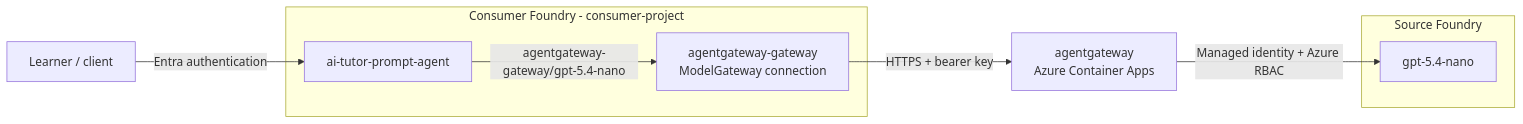
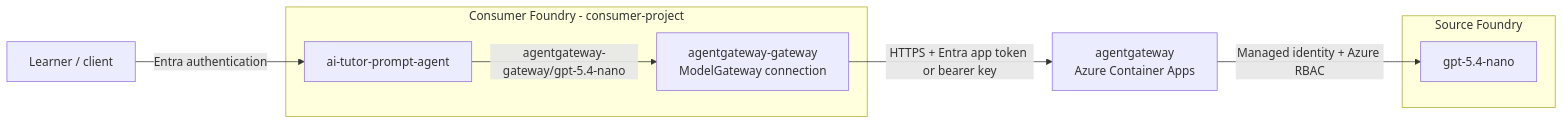
The first of 2 diagrams in README.md (ikhemissi/foundry-agent-with-agentgateway-gateway), drawn with Mermaid before and after one commit. The commit also changed other lines of this file and 21 other files, not shown here.

First line of the commit message:
feat: add Entra gateway authentication and Graph Bicep registrations

````diff
--- a/README.md
+++ b/README.md
@@ -30,16 +31,16 @@
 ```mermaid
 flowchart LR
     User["Learner / client"]
     subgraph Consumer["Consumer Foundry - consumer-project"]
         Tutor["ai-tutor-prompt-agent"]
         Connection["agentgateway-gateway<br/>ModelGateway connection"]
         Tutor -->|"agentgateway-gateway/gpt-5.4-nano"| Connection
     end
     Gateway["agentgateway<br/>Azure Container Apps"]
     subgraph Source["Source Foundry"]
         Model["gpt-5.4-nano"]
     end
     User -->|"Entra authentication"| Tutor
-    Connection -->|"HTTPS + bearer key"| Gateway
+    Connection -->|"HTTPS + Entra app token or bearer key"| Gateway
     Gateway -->|"Managed identity + Azure RBAC"| Model
 ```
````
